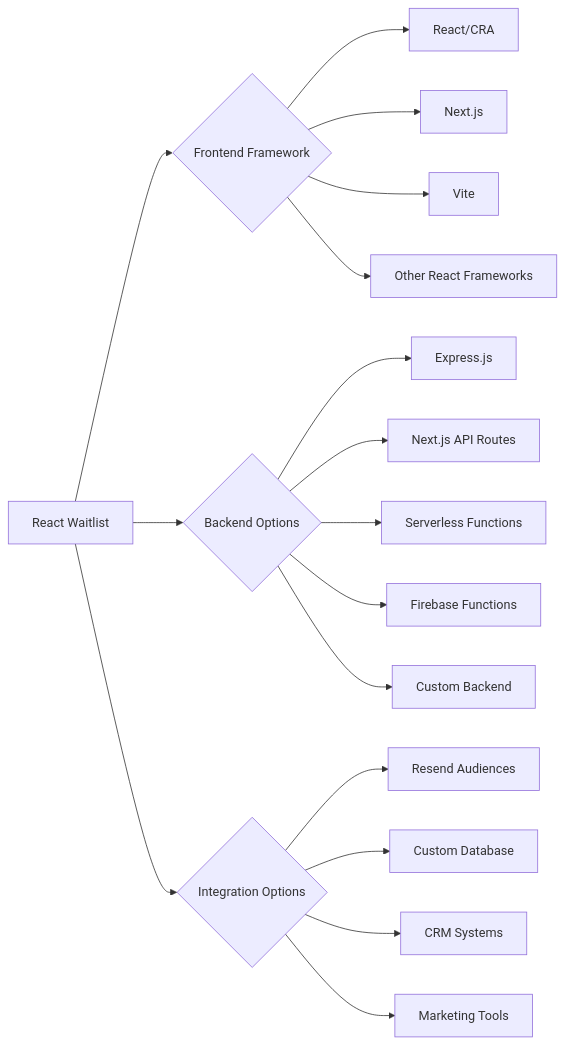
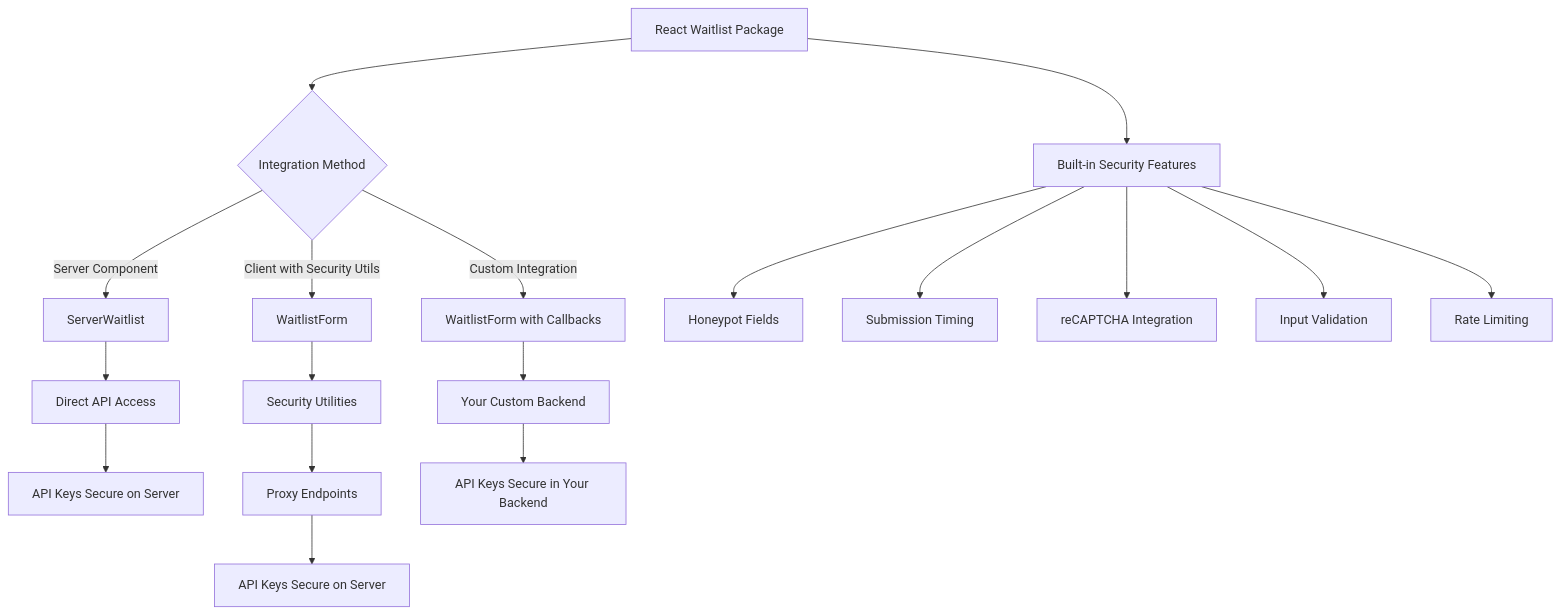
Before and after one commit to pmatheusvinhas/react-waitlist: the third of 7 diagrams in docs/architecture.md, drawn with Mermaid. The commit also changed other lines of this file and 1 other file, not shown here.

Commit message:
docs: emphasize self-contained nature and security options

````diff
--- a/docs/architecture.md
+++ b/docs/architecture.md
@@ -78,21 +123,24 @@
 ```mermaid
-flowchart LR
-    A[React Waitlist] --> B{Frontend Framework}
-    B --> C[React/CRA]
-    B --> D[Next.js]
-    B --> E[Vite]
-    B --> F[Other React Frameworks]
+flowchart TD
+    A[React Waitlist Package] --> B{Integration Method}
     
-    A --> G{Backend Options}
-    G --> H[Express.js]
-    G --> I[Next.js API Routes]
-    G --> J[Serverless Functions]
-    G --> K[Firebase Functions]
-    G --> L[Custom Backend]
+    B -->|Server Component| C[ServerWaitlist]
+    C --> D[Direct API Access]
+    D --> E[API Keys Secure on Server]
     
-    A --> M{Integration Options}
-    M --> N[Resend Audiences]
-    M --> O[Custom Database]
-    M --> P[CRM Systems]
-    M --> Q[Marketing Tools]
+    B -->|Client with Security Utils| F[WaitlistForm]
+    F --> G[Security Utilities]
+    G --> H[Proxy Endpoints]
+    H --> I[API Keys Secure on Server]
+    
+    B -->|Custom Integration| J[WaitlistForm with Callbacks]
+    J --> K[Your Custom Backend]
+    K --> L[API Keys Secure in Your Backend]
+    
+    A --> M[Built-in Security Features]
+    M --> N[Honeypot Fields]
+    M --> O[Submission Timing]
+    M --> P[reCAPTCHA Integration]
+    M --> Q[Input Validation]
+    M --> R[Rate Limiting]
 ```
````
